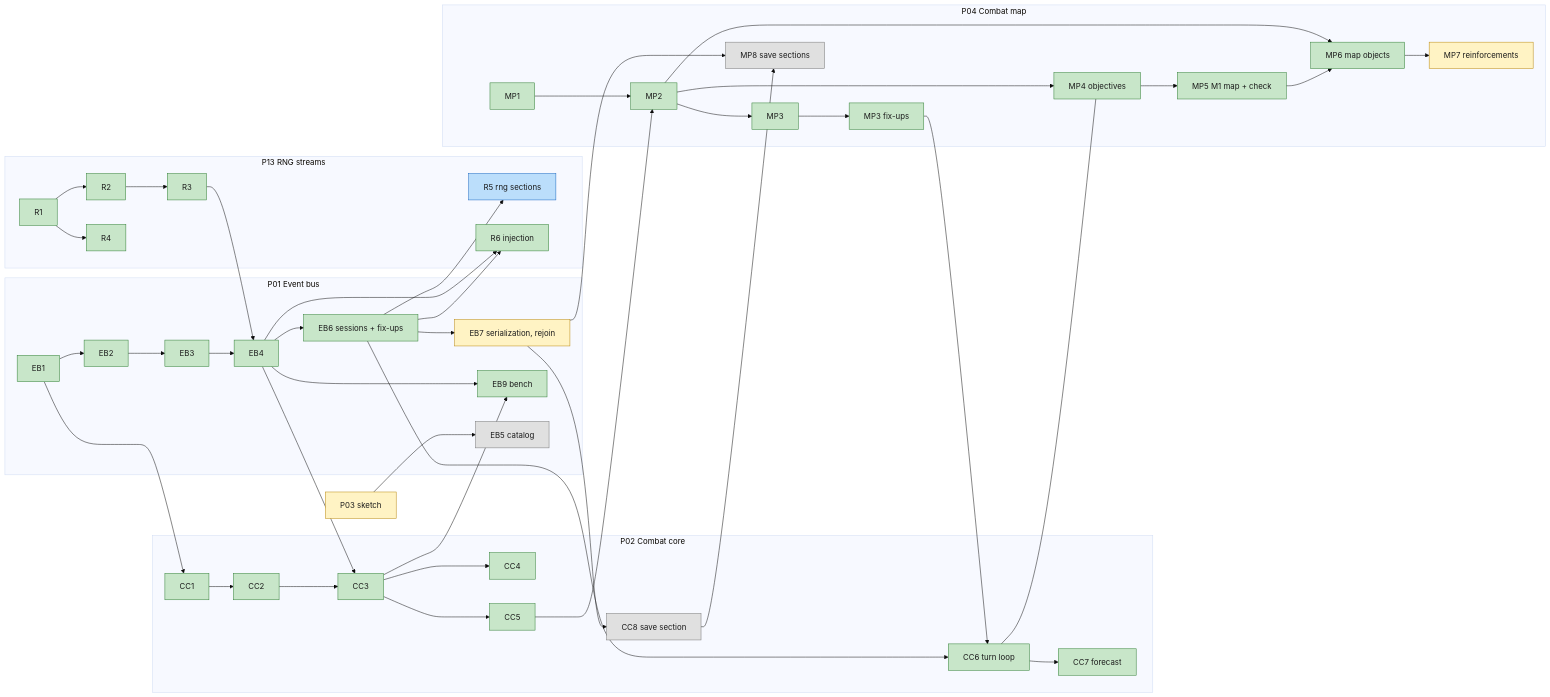
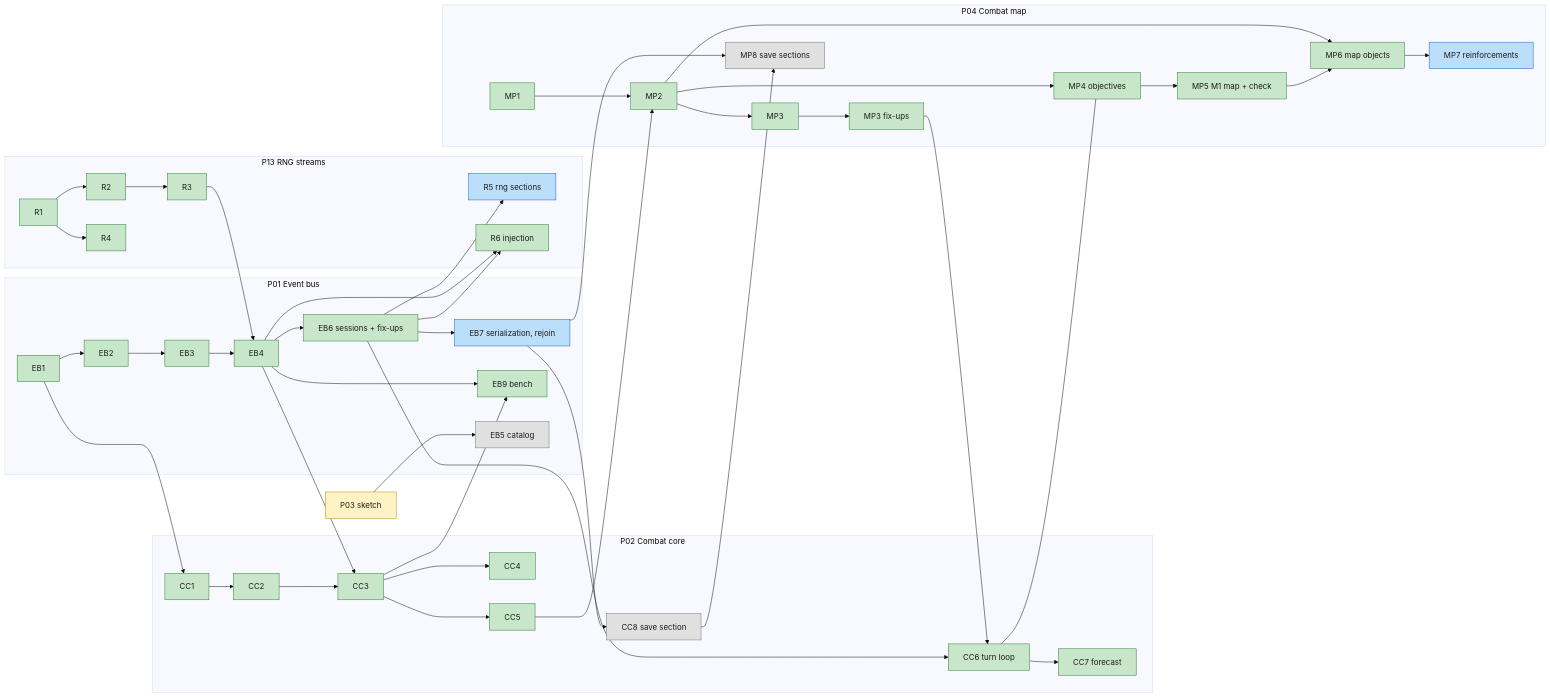
Before and after one commit to DevinHMurphy/bandit-bash: the second of 2 diagrams in docs/plans/game-orchestrator.md, drawn with Mermaid (base theme). The commit also changed other lines of this file and 2 other files, not shown here.

````diff
--- a/docs/plans/game-orchestrator.md
+++ b/docs/plans/game-orchestrator.md
@@ -169,59 +169,59 @@
 ```mermaid
 flowchart LR
   subgraph P13[P13 RNG streams]
     R1 --> R2 --> R3
     R1 --> R4
     R5[R5 rng sections]
     R6[R6 injection]
   end
   subgraph P01[P01 Event bus]
     EB1 --> EB2 --> EB3 --> EB4
     EB4 --> EB6[EB6 sessions + fix-ups]
     EB6 --> EB7[EB7 serialization, rejoin]
     EB4 --> EB9[EB9 bench]
     EB5[EB5 catalog]
   end
   subgraph P02[P02 Combat core]
     CC1 --> CC2 --> CC3
     CC3 --> CC4
     CC3 --> CC5
     CC6[CC6 turn loop]
     CC7[CC7 forecast]
     CC8[CC8 save section]
     CC6 --> CC7
   end
   subgraph P04[P04 Combat map]
     MP1 --> MP2 --> MP3
     MP3 --> MP3F[MP3 fix-ups]
     MP3F --> CC6
     MP2 --> MP4[MP4 objectives]
     MP4 --> MP5[MP5 M1 map + check]
     MP2 --> MP6[MP6 map objects]
     MP5 --> MP6
     MP6 --> MP7[MP7 reinforcements]
     MP8[MP8 save sections]
   end
   P03S[P03 sketch] --> EB5
   R3 --> EB4
   EB1 --> CC1
   EB4 --> CC3
   CC3 --> EB9
   CC5 --> MP2
   EB6 --> CC6
   CC6 --- MP4
   EB6 --> R5
   EB4 --> R6
   EB6 --> R6
   EB7 --> CC8
   EB7 --> MP8
   CC8 --> MP8
 
   classDef done fill:#c8e6c9,stroke:#2e7d32,color:#1b1b1b
   classDef active fill:#bbdefb,stroke:#1565c0,color:#1b1b1b
   classDef ready fill:#fff3c4,stroke:#b8860b,color:#1b1b1b
   classDef waiting fill:#e0e0e0,stroke:#757575,color:#1b1b1b
   class R1,R2,R3,R4,R6,EB1,EB2,EB3,EB4,EB6,EB9,CC1,CC2,CC3,CC4,CC5,CC6,CC7,MP1,MP2,MP3,MP3F,MP4,MP5,MP6 done
-  class R5 active
-  class EB7,MP7,P03S ready
+  class R5,EB7,MP7 active
+  class P03S ready
   class EB5,CC8,MP8 waiting
 ```
````
